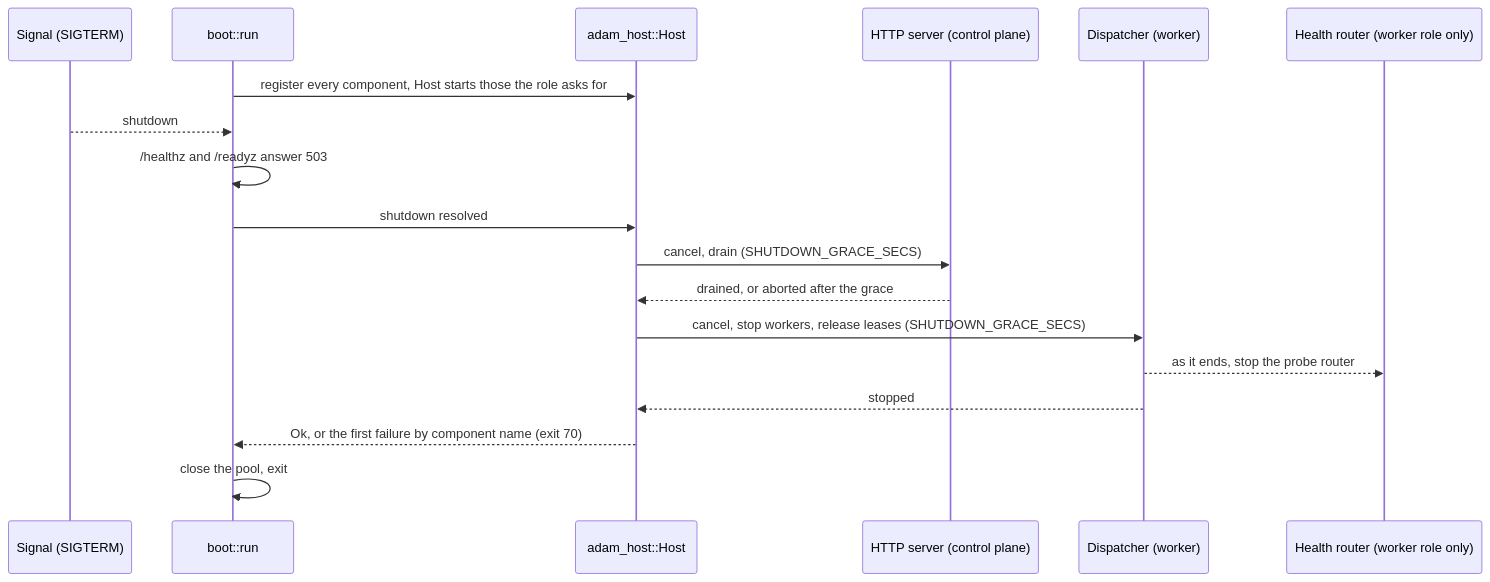
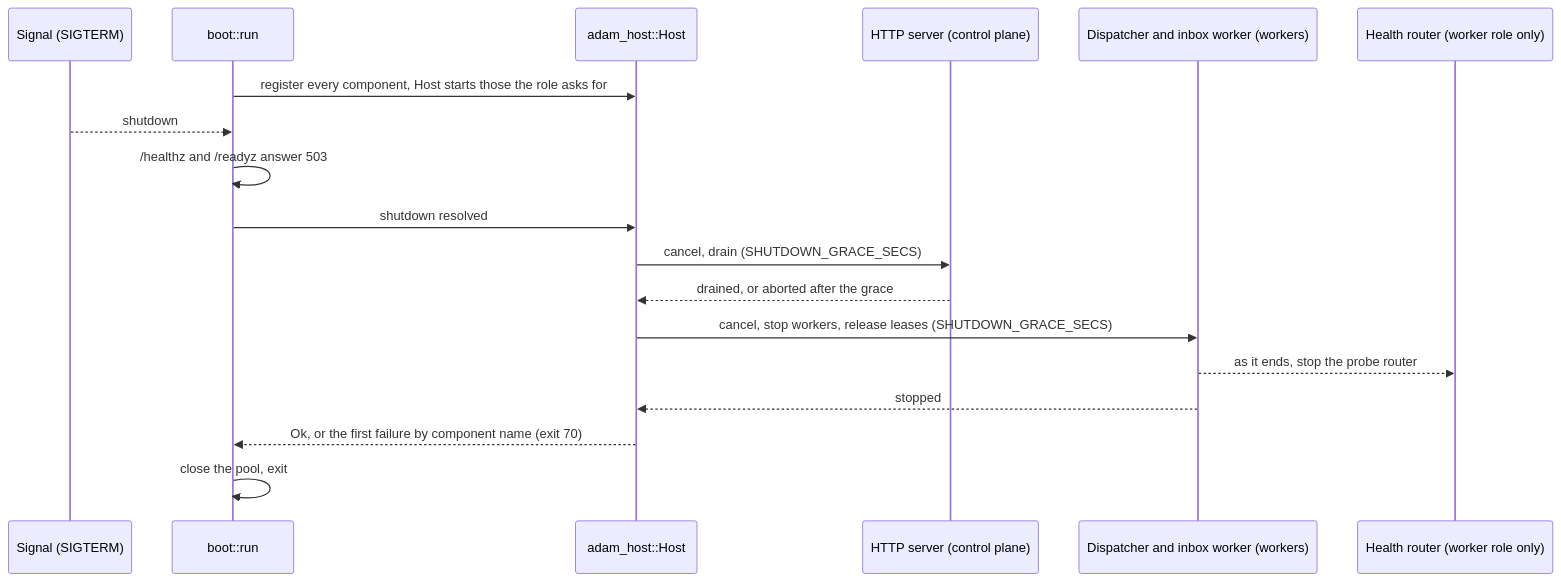
One commit to vymalo/another-agentic-system changed diagram 12 of 19 in docs/orchestrator.md. Above: the diagram before and after it, drawn with Mermaid. The commit also changed other lines of this file and 41 other files, not shown here.

````diff
--- a/docs/orchestrator.md
+++ b/docs/orchestrator.md
@@ -710,20 +803,20 @@
 ```mermaid
 sequenceDiagram
   participant S as Signal (SIGTERM)
   participant B as boot::run
   participant H as adam_host::Host
   participant C as HTTP server (control plane)
-  participant W as Dispatcher (worker)
+  participant W as Dispatcher and inbox worker (workers)
   participant P as Health router (worker role only)
   B->>H: register every component, Host starts those the role asks for
   S-->>B: shutdown
   B->>B: /healthz and /readyz answer 503
   B->>H: shutdown resolved
   H->>C: cancel, drain (SHUTDOWN_GRACE_SECS)
   C-->>H: drained, or aborted after the grace
   H->>W: cancel, stop workers, release leases (SHUTDOWN_GRACE_SECS)
   W-->>P: as it ends, stop the probe router
   W-->>H: stopped
   H-->>B: Ok, or the first failure by component name (exit 70)
   B->>B: close the pool, exit
 ```
````
